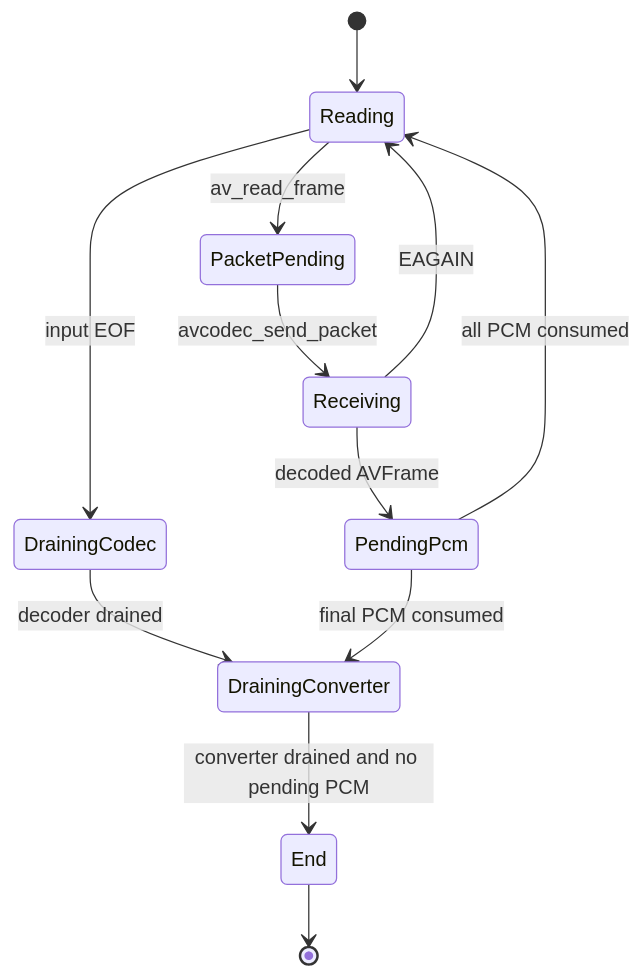
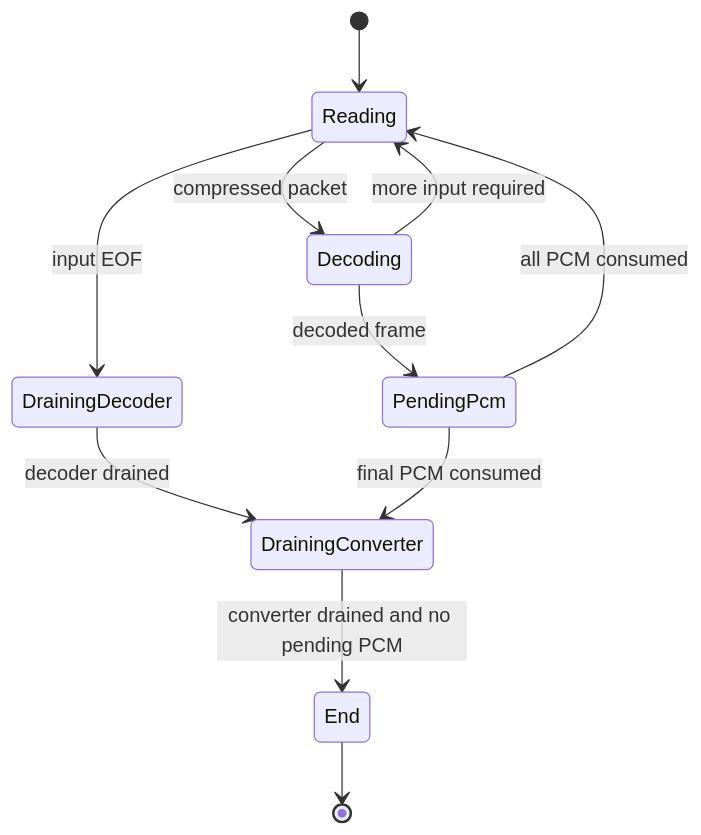
Before and after one commit to Vokerlee/wiola-player: the fourth of 5 diagrams in src/codec/README.md, drawn with Mermaid. The commit also changed other lines of this file, not shown here.

Commit message:
docs: map codec and decoder architecture

````diff
--- a/src/codec/README.md
+++ b/src/codec/README.md
@@ -63,14 +178,13 @@
 ```mermaid
 stateDiagram-v2
     [*] --> Reading
-    Reading --> PacketPending: av_read_frame
-    PacketPending --> Receiving: avcodec_send_packet
-    Receiving --> Reading: EAGAIN
-    Receiving --> PendingPcm: decoded AVFrame
+    Reading --> Decoding: compressed packet
+    Decoding --> Reading: more input required
+    Decoding --> PendingPcm: decoded frame
     PendingPcm --> Reading: all PCM consumed
-    Reading --> DrainingCodec: input EOF
-    DrainingCodec --> DrainingConverter: decoder drained
+    Reading --> DrainingDecoder: input EOF
+    DrainingDecoder --> DrainingConverter: decoder drained
     DrainingConverter --> End: converter drained and no pending PCM
     PendingPcm --> DrainingConverter: final PCM consumed
     End --> [*]
 ```
````
